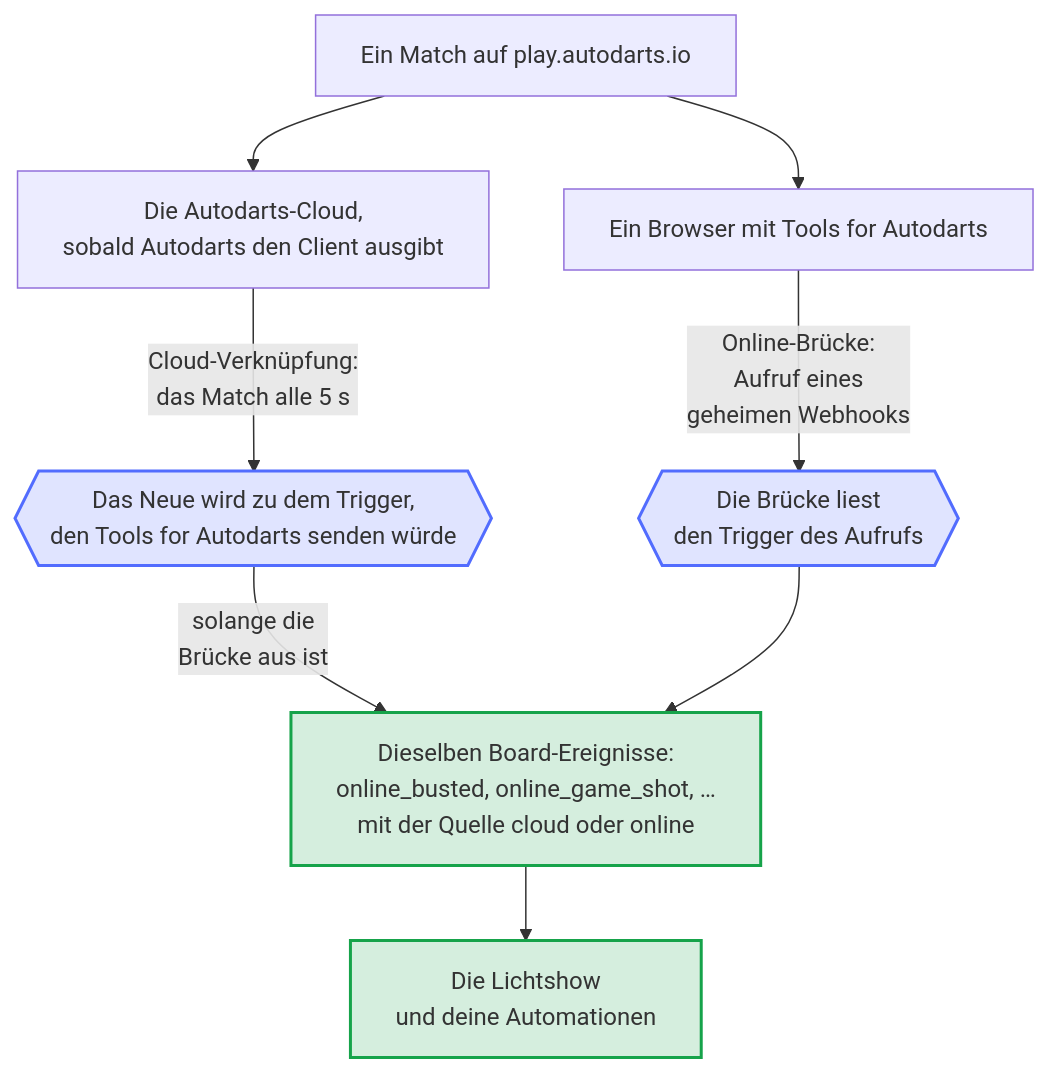
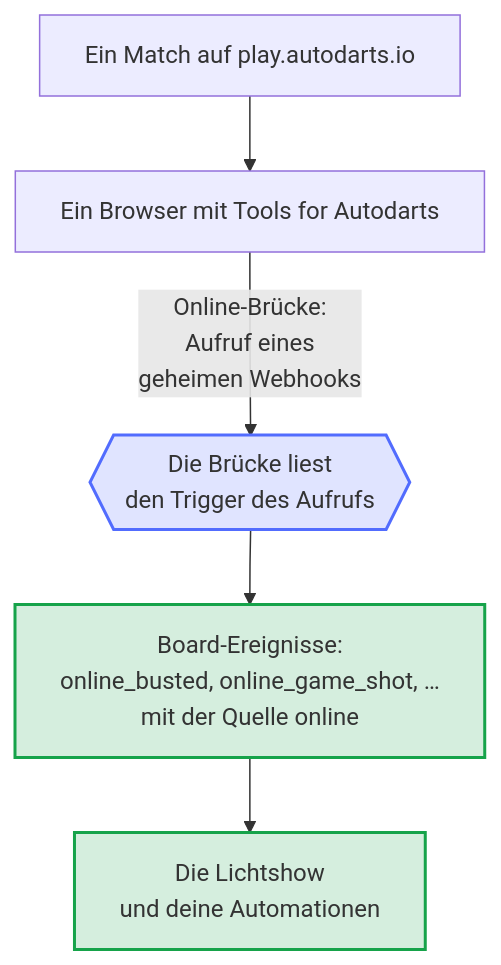
The diagram in docs/diagrams/online-moments.de.mmd (Dennis-Otto/ha-autodarts), drawn with Mermaid before and after one commit. The commit also changed 97 other files, not shown here.

```diff
--- a/docs/diagrams/online-moments.de.mmd
+++ b/docs/diagrams/online-moments.de.mmd
@@ -1,21 +1,18 @@
 ---
 config:
   flowchart:
     wrappingWidth: 400
 ---
 flowchart TB
-  accTitle: Zwei Wege für die Momente eines Online-Matches
-  accDescr: Ein Match auf play.autodarts.io erreicht Home Assistant auf einem von zwei Wegen. Mit der Cloud-Verknüpfung, sobald Autodarts ihren Client ausgibt, liest die Integration den Stand des Matches alle 5 Sekunden aus der Autodarts-Cloud und macht aus dem Neuen die Trigger von Tools for Autodarts. Mit der Online-Brücke ruft Tools for Autodarts im Browser einen geheimen Webhook von Home Assistant auf. Beides wird zu denselben Board-Ereignissen wie online_busted und online_game_shot, für die Lichtshow und deine Automationen. Solange die Brücke an ist, meldet sie allein die Momente.
+  accTitle: Die Momente eines Online-Matches
+  accDescr: Ein Match auf play.autodarts.io zählt der Browser. Für jeden seiner Momente ruft Tools for Autodarts im Browser einen geheimen Webhook von Home Assistant auf, und die Online-Brücke macht aus dem Trigger des Aufrufs ein Board-Ereignis wie online_busted und online_game_shot, für die Lichtshow und deine Automationen.
 
-  MATCH["Ein Match auf play.autodarts.io"] --> CLOUD["Die Autodarts-Cloud,<br/>sobald Autodarts den Client ausgibt"]
-  MATCH --> BROWSER["Ein Browser mit Tools for Autodarts"]
-  CLOUD -->|"Cloud-Verknüpfung:<br/>das Match alle 5 s"| MOMENTS{{"Das Neue wird zu dem Trigger,<br/>den Tools for Autodarts senden würde"}}
+  MATCH["Ein Match auf play.autodarts.io"] --> BROWSER["Ein Browser mit Tools for Autodarts"]
   BROWSER -->|"Online-Brücke:<br/>Aufruf eines<br/>geheimen Webhooks"| BRIDGE{{"Die Brücke liest<br/>den Trigger des Aufrufs"}}
-  MOMENTS -->|"solange die<br/>Brücke aus ist"| EVENTS["Dieselben Board-Ereignisse:<br/>online_busted, online_game_shot, …<br/>mit der Quelle cloud oder online"]
-  BRIDGE --> EVENTS
+  BRIDGE --> EVENTS["Board-Ereignisse:<br/>online_busted, online_game_shot, …<br/>mit der Quelle online"]
   EVENTS --> USE["Die Lichtshow<br/>und deine Automationen"]
 
   classDef bot fill:#526cfe2e,stroke:#526cfe,stroke-width:2px
   classDef done fill:#16a34a2e,stroke:#16a34a,stroke-width:2px
-  class MOMENTS,BRIDGE bot
+  class BRIDGE bot
   class EVENTS,USE done
```
